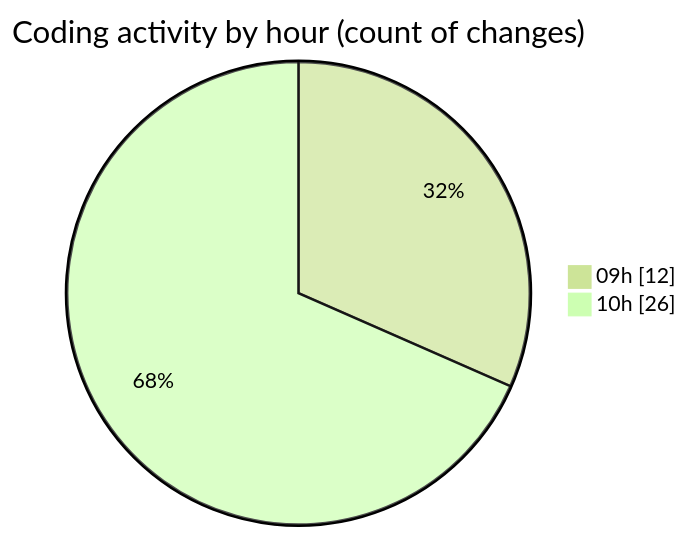
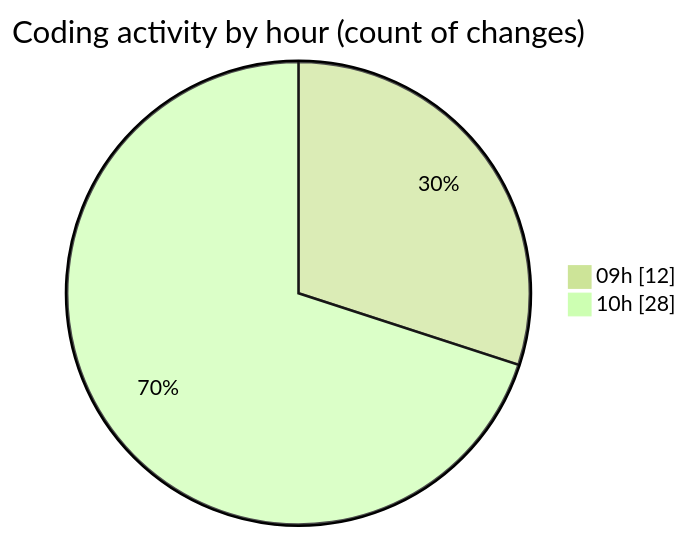
Before and after one commit to momahboobian/code-tracking: the second of 2 diagrams in 2025-11-27/cda/README.md, drawn with Mermaid (forest theme). The commit also changed other lines of this file and 1 other file, not shown here.

````diff
--- a/2025-11-27/cda/README.md
+++ b/2025-11-27/cda/README.md
@@ -29,6 +31,6 @@
 ```mermaid
 pie showData
 title Coding activity by hour (count of changes)
 "09h" : 12
-"10h" : 26
+"10h" : 28
 ```
````
